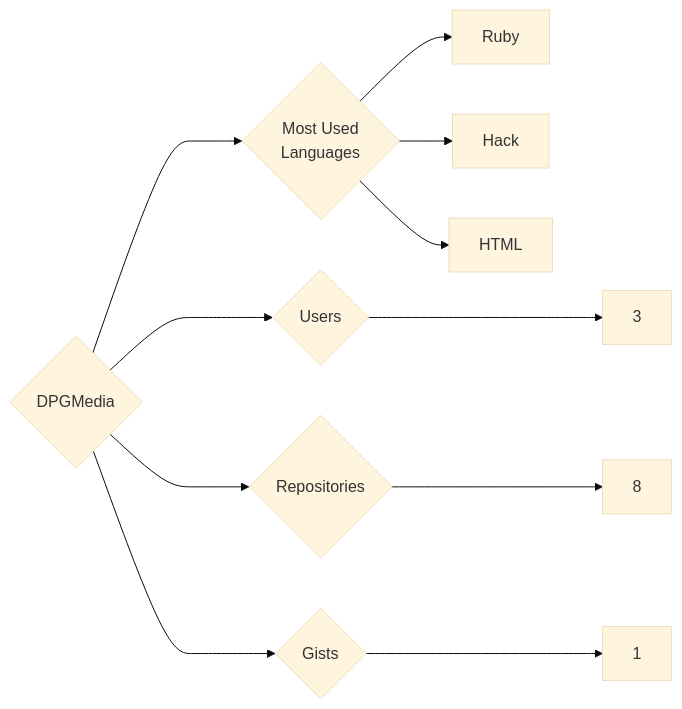
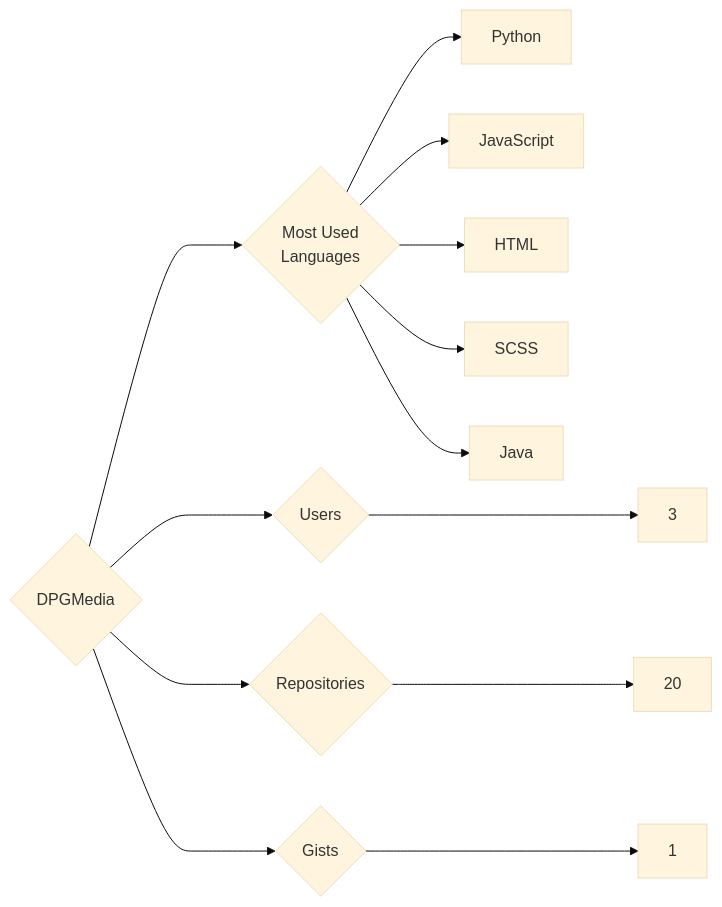
Before and after one commit to trickest/insiders: the diagram in targets/DPGMedia/README.md, drawn with Mermaid (base theme). The commit also changed 860 other files, not shown here.

````diff
--- a/targets/DPGMedia/README.md
+++ b/targets/DPGMedia/README.md
@@ -3,11 +3,13 @@
 ```mermaid
 graph LR
 COMPANY_NAME{DPGMedia}
 COMPANY_NAME ---> U{Users} ---> UN[3]
-COMPANY_NAME ---> R{Repositories} ---> RN[8]
+COMPANY_NAME ---> R{Repositories} ---> RN[20]
 COMPANY_NAME ---> G{Gists} ---> GN[1]
 COMPANY_NAME ---> ML{Most Used<br>Languages}
-ML --> Ruby[Ruby]
-ML --> Hack[Hack]
+ML --> Python[Python]
+ML --> JavaScript[JavaScript]
 ML --> HTML[HTML]
+ML --> SCSS[SCSS]
+ML --> Java[Java]
 ```
````
